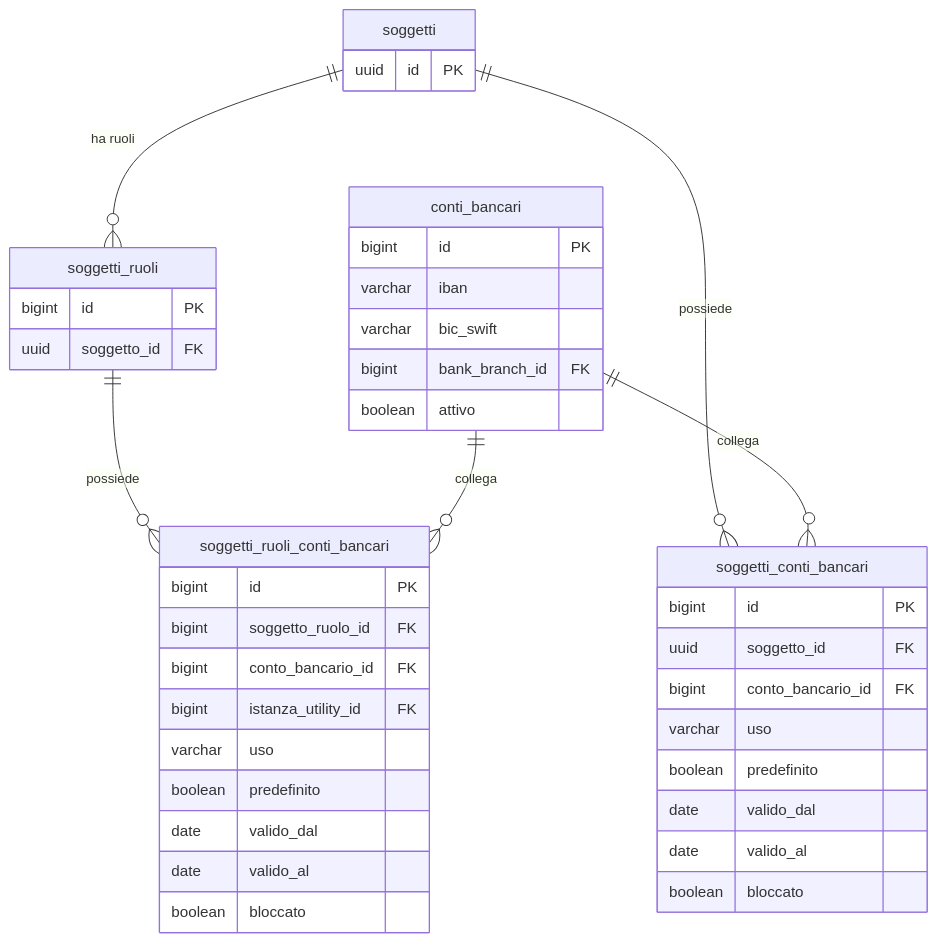
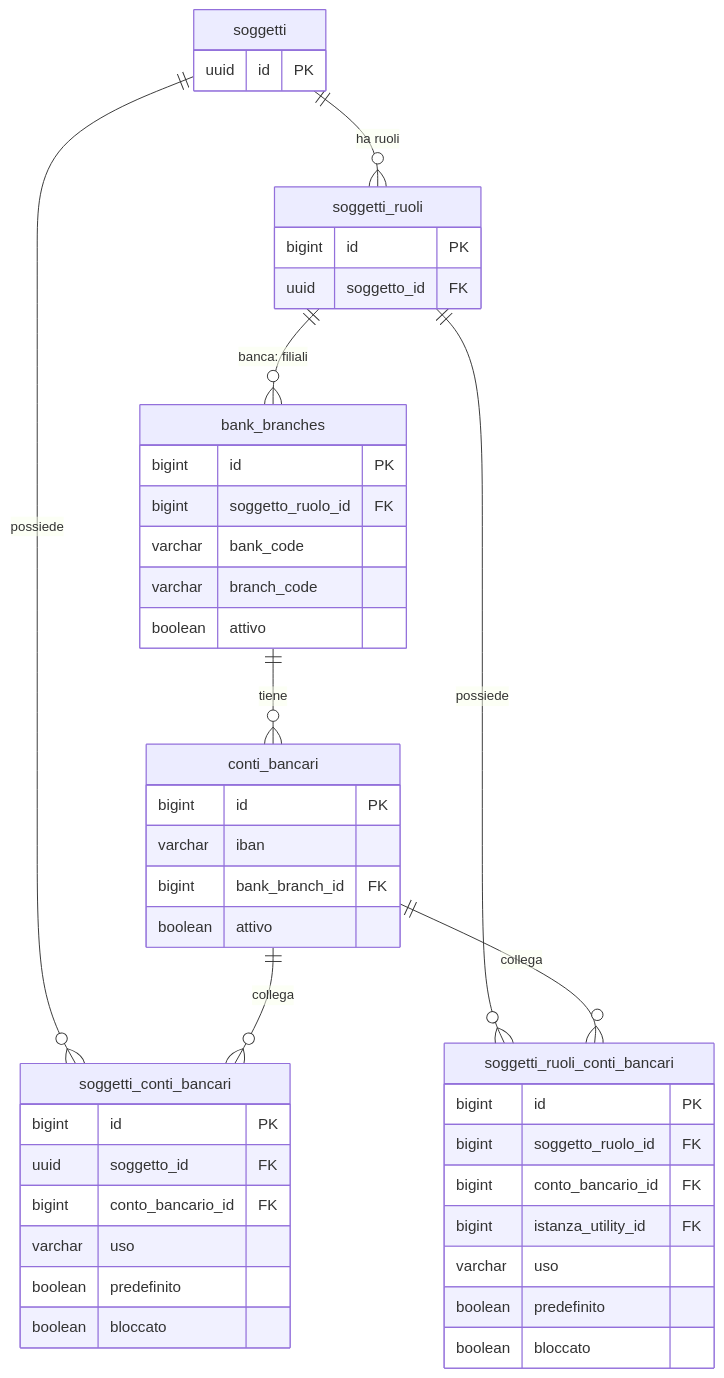
Before and after one commit to Tito-it/ZeroErp: the first of 2 diagrams in docs/it/guide/gestione-conti-bancari.md, drawn with Mermaid. The commit also changed other lines of this file and 59 other files, not shown here.

````diff
--- a/docs/it/guide/gestione-conti-bancari.md
+++ b/docs/it/guide/gestione-conti-bancari.md
@@ -362,48 +215,53 @@
 ```mermaid
 erDiagram
     soggetti {
         uuid id PK
     }
 
     soggetti_ruoli {
         bigint id PK
         uuid soggetto_id FK
     }
 
+    bank_branches {
+        bigint id PK
+        bigint soggetto_ruolo_id FK
+        varchar bank_code
+        varchar branch_code
+        boolean attivo
+    }
+
     conti_bancari {
         bigint id PK
         varchar iban
-        varchar bic_swift
         bigint bank_branch_id FK
         boolean attivo
     }
 
     soggetti_conti_bancari {
         bigint id PK
         uuid soggetto_id FK
         bigint conto_bancario_id FK
         varchar uso
         boolean predefinito
-        date valido_dal
-        date valido_al
         boolean bloccato
     }
 
     soggetti_ruoli_conti_bancari {
         bigint id PK
         bigint soggetto_ruolo_id FK
         bigint conto_bancario_id FK
         bigint istanza_utility_id FK
         varchar uso
         boolean predefinito
-        date valido_dal
-        date valido_al
         boolean bloccato
     }
 
     soggetti ||--o{ soggetti_ruoli : "ha ruoli"
+    soggetti_ruoli ||--o{ bank_branches : "banca: filiali"
+    bank_branches ||--o{ conti_bancari : "tiene"
     soggetti ||--o{ soggetti_conti_bancari : "possiede"
     conti_bancari ||--o{ soggetti_conti_bancari : "collega"
     soggetti_ruoli ||--o{ soggetti_ruoli_conti_bancari : "possiede"
     conti_bancari ||--o{ soggetti_ruoli_conti_bancari : "collega"
 ```
````
